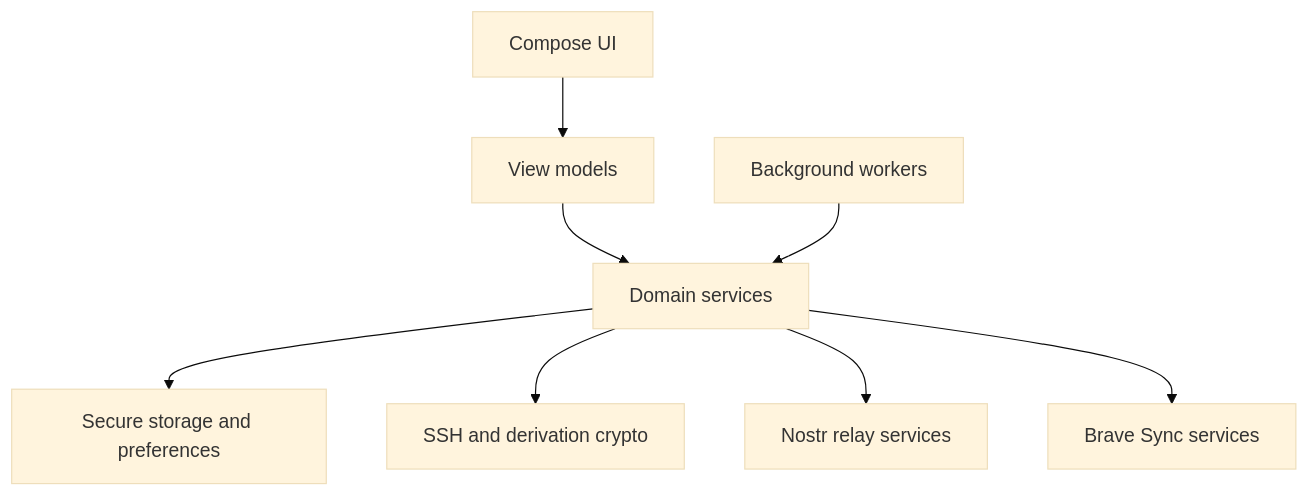
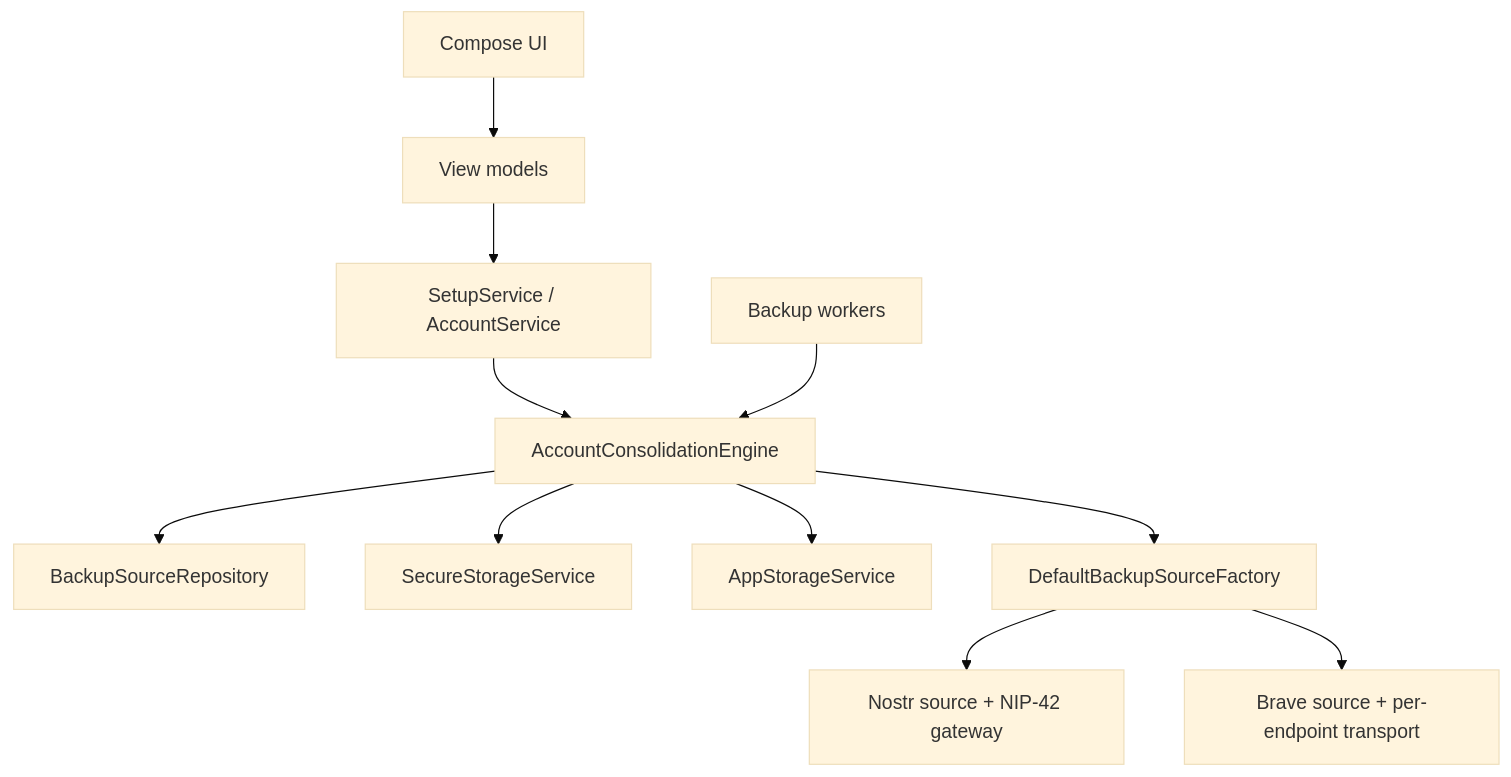
Before and after one commit to ZenTenApp/vault-kotlin: the diagram in docs/technical/architecture.md, drawn with Mermaid (base theme). The commit also changed other lines of this file and 53 other files, not shown here.

Commit message:
feat(backup): consolidate account backup and recovery sources

````diff
--- a/docs/technical/architecture.md
+++ b/docs/technical/architecture.md
@@ -19,10 +19,13 @@
 ```mermaid
 flowchart TD
     UI[Compose UI] --> VM[View models]
-    VM --> Domain[Domain services]
-    Domain --> Storage[Secure storage and preferences]
-    Domain --> SSH[SSH and derivation crypto]
-    Domain --> Relay[Nostr relay services]
-    Domain --> Sync[Brave Sync services]
-    Workers[Background workers] --> Domain
+    VM --> Setup[SetupService / AccountService]
+    Setup --> Engine[AccountConsolidationEngine]
+    Workers[Backup workers] --> Engine
+    Engine --> Repo[BackupSourceRepository]
+    Engine --> Secure[SecureStorageService]
+    Engine --> State[AppStorageService]
+    Engine --> Factory[DefaultBackupSourceFactory]
+    Factory --> Relay[Nostr source + NIP-42 gateway]
+    Factory --> Brave[Brave source + per-endpoint transport]
 ```
````
